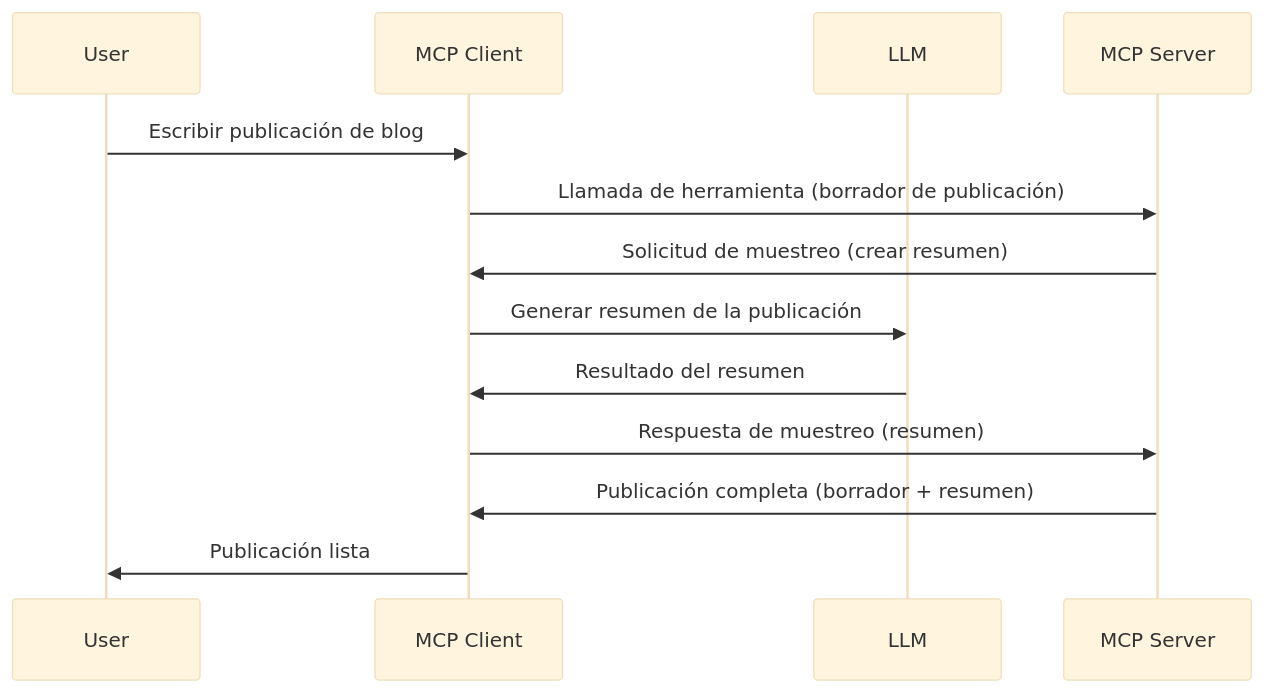
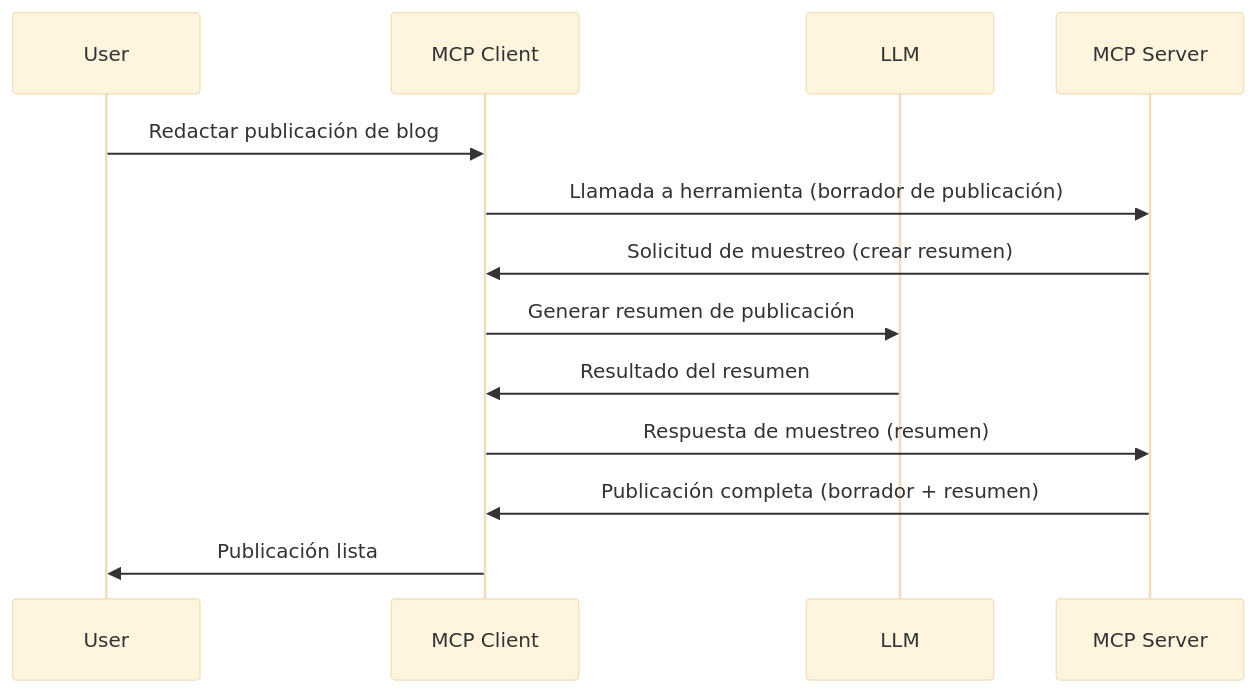
Before and after one commit to HIDORAKAI002/ai-workspace-archive: the diagram in mcp_ecosystem__model_context_protocol/mcp_learning_resources/mcp-for-beginners/translations/es/03-GettingStarted/14-sampling/README.md, drawn with Mermaid (base theme). The commit also changed other lines of this file and 1539 other files, not shown here.

````diff
--- a/mcp_ecosystem__model_context_protocol/mcp_learning_resources/mcp-for-beginners/translations/es/03-GettingStarted/14-sampling/README.md
+++ b/mcp_ecosystem__model_context_protocol/mcp_learning_resources/mcp-for-beginners/translations/es/03-GettingStarted/14-sampling/README.md
@@ -23,16 +23,16 @@
 ```mermaid
 sequenceDiagram
     participant User
     participant MCP Client
     participant LLM
     participant MCP Server
 
-    User->>MCP Client: Escribir publicación de blog
-    MCP Client->>MCP Server: Llamada de herramienta (borrador de publicación)
+    User->>MCP Client: Redactar publicación de blog
+    MCP Client->>MCP Server: Llamada a herramienta (borrador de publicación)
     MCP Server->>MCP Client: Solicitud de muestreo (crear resumen)
-    MCP Client->>LLM: Generar resumen de la publicación
+    MCP Client->>LLM: Generar resumen de publicación
     LLM->>MCP Client: Resultado del resumen
     MCP Client->>MCP Server: Respuesta de muestreo (resumen)
     MCP Server->>MCP Client: Publicación completa (borrador + resumen)
     MCP Client->>User: Publicación lista
 ```
````
